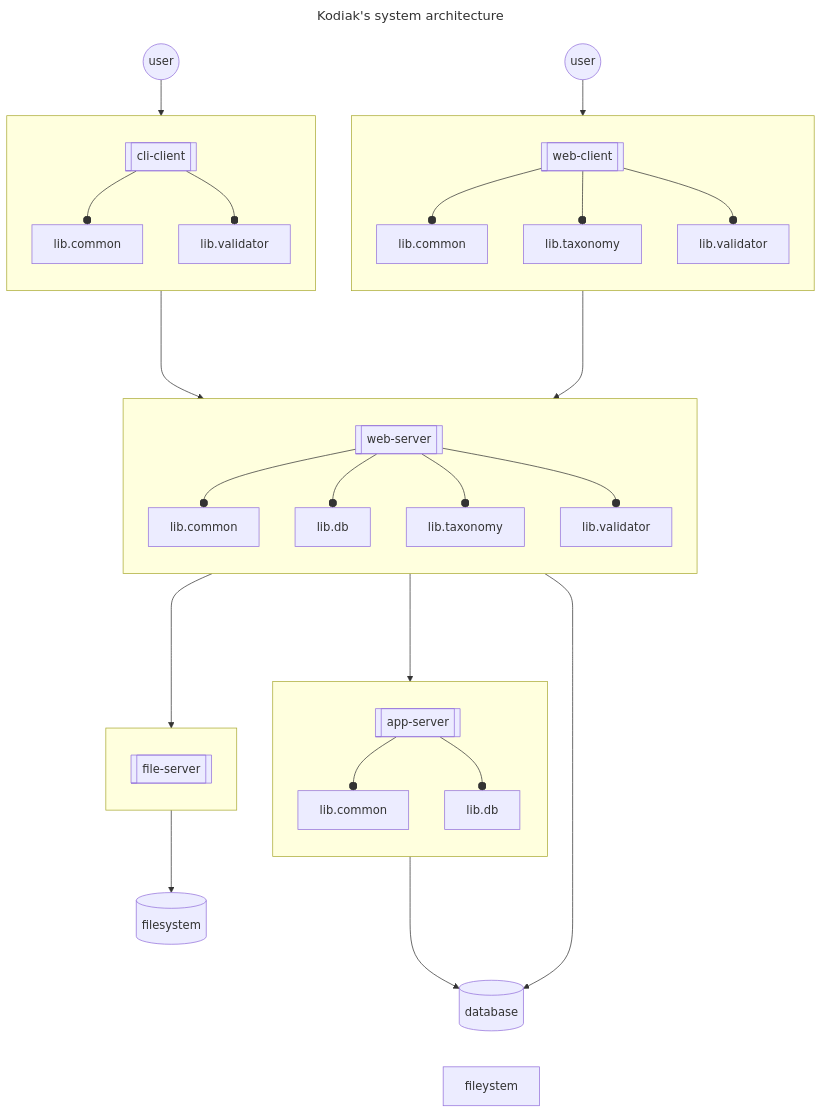
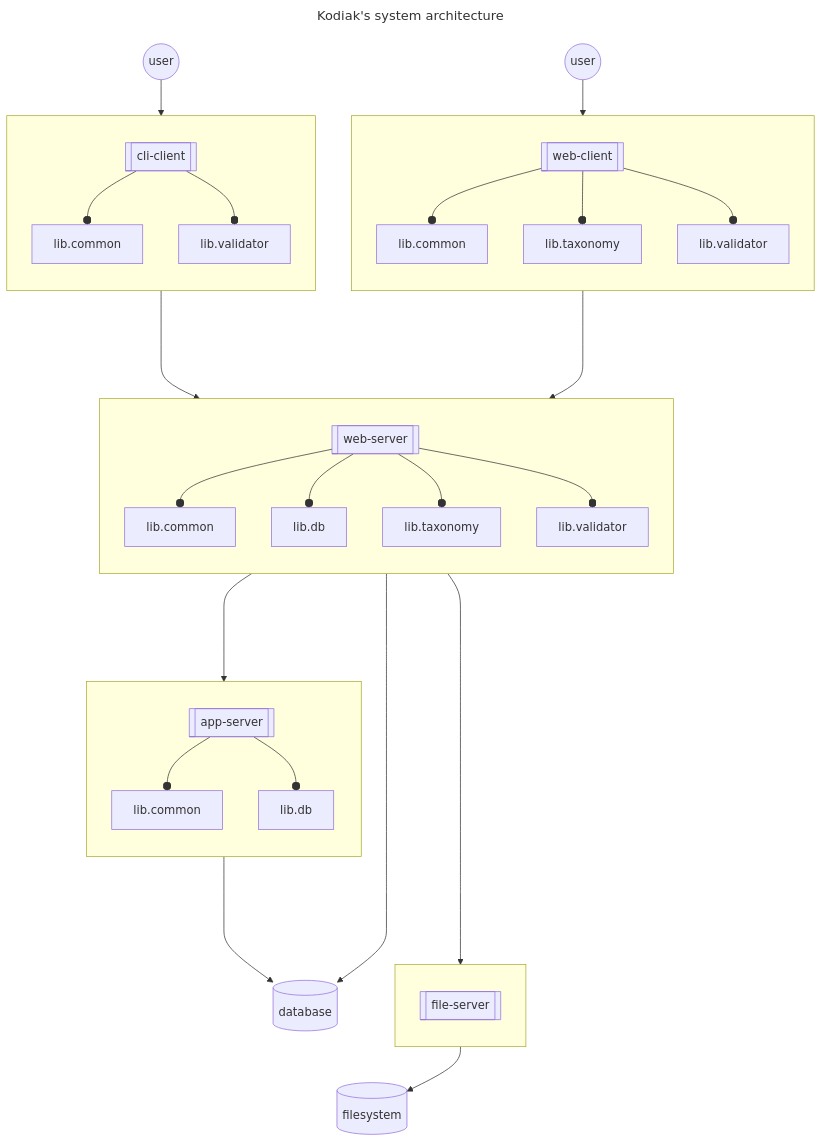
The diagram in SYSTEM-ARCHITECTURE.md (polarlabs/kodiak-diagrams), drawn with Mermaid before and after one commit.

Commit message:
fix: rearrange boxes.

````diff
--- a/SYSTEM-ARCHITECTURE.md
+++ b/SYSTEM-ARCHITECTURE.md
@@ -5,43 +5,43 @@
 ```mermaid
 ---
 title: Kodiak's system architecture
 ---
 flowchart TB
   subgraph user-web[ ]
     direction TB  
     web-client[[web-client]] --o web-client.lib.common[lib.common]
     web-client --o web-client.lib.taxonomy[lib.taxonomy]
     web-client --o web-client.lib.validator[lib.validator]
   end
   subgraph user-cli[ ]
     direction TB
     cli-client[[cli-client]] --o cli-client.lib.common[lib.common]
     cli-client --o cli-client.lib.validator[lib.validator]
   end
   subgraph file-server[ ]
     direction TB
     file-server.api[[file-server]]
   end
   subgraph web-server[ ]
     direction TB
     web-server.api[[web-server]] --o web-server.lib.common[lib.common]
     web-server.api[[web-server]] --o web-server.lib.db[lib.db]
     web-server.api[[web-server]] --o web-server.lib.taxonomy[lib.taxonomy]
     web-server.api[[web-server]] --o web-server.lib.validator[lib.validator]
   end
   subgraph app-server[ ]
     direction TB
     app-server.api[[app-server]] --o app-server.lib.common[lib.common]
     app-server.api[[app-server]] --o app-server.lib.db[lib.db]
   end
   web-user((user)) --> web-client
   web-client ----> web-server.api
   cli-user((user)) --> cli-client
   cli-client ----> web-server.api
   web-server.api ----> app-server.api
   web-server.api ----> file-server.api
   file-server --> filesystem[(filesystem)]
   web-server --> database[(database)]
-  app-server ---> database[(database)]
-  database ~~~ fileystem
+  app-server ----> database[(database)]
+  database ~~~ filesystem
 ```
````
